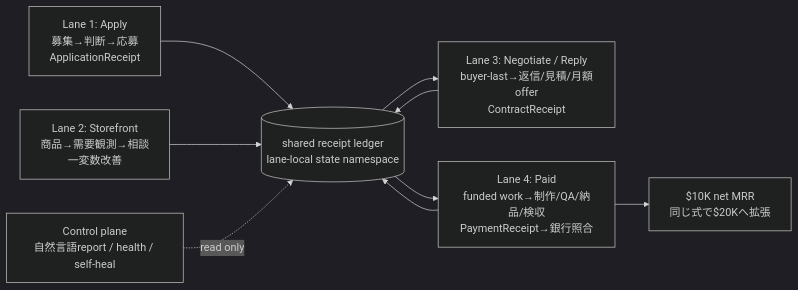
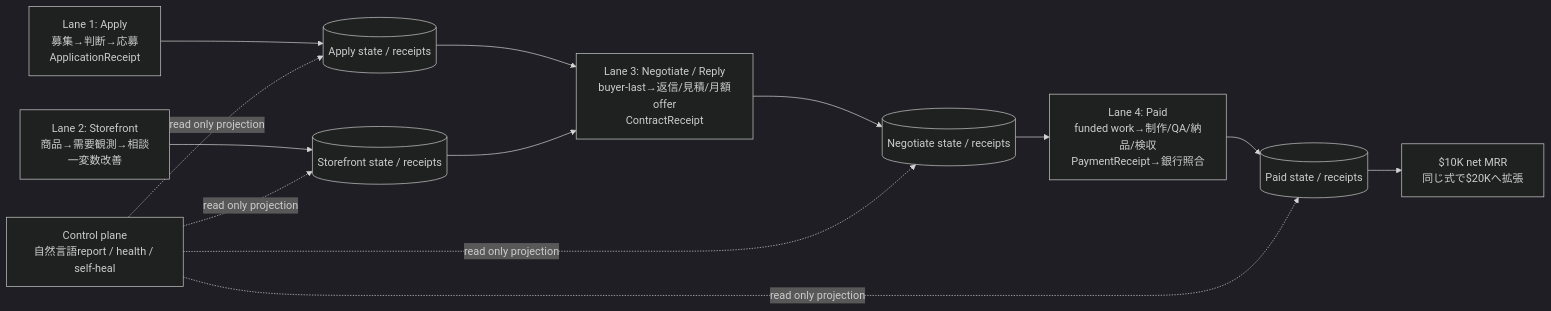
One commit to Daisuke134/anicca changed the fifth of 5 diagrams in docs/superpowers/specs/2026-08-13-lancers-20k-net-mrr-design.md. Above: the diagram before and after it, drawn with Mermaid (dark theme). The commit also changed other lines of this file, not shown here.

````diff
--- a/docs/superpowers/specs/2026-08-13-lancers-20k-net-mrr-design.md
+++ b/docs/superpowers/specs/2026-08-13-lancers-20k-net-mrr-design.md
@@ -1748,17 +1743,22 @@
 ```mermaid
 flowchart LR
   A[Lane 1: Apply<br/>募集→判断→応募<br/>ApplicationReceipt]
   B[Lane 2: Storefront<br/>商品→需要観測→相談<br/>一変数改善]
   N[Lane 3: Negotiate / Reply<br/>buyer-last→返信/見積/月額offer<br/>ContractReceipt]
   P[Lane 4: Paid<br/>funded work→制作/QA/納品/検収<br/>PaymentReceipt→銀行照合]
-  Q[(shared receipt ledger<br/>lane-local state namespace)]
+  AR[(Apply state / receipts)]
+  BR[(Storefront state / receipts)]
+  NR[(Negotiate state / receipts)]
+  PR[(Paid state / receipts)]
   R[$10K net MRR<br/>同じ式で$20Kへ拡張]
   C[Control plane<br/>自然言語report / health / self-heal]
 
-  A --> Q
-  B --> Q
-  Q --> N --> Q
-  Q --> P --> Q
-  P --> R
-  C -. read only .-> Q
+  A --> AR --> N
+  B --> BR --> N
+  N --> NR --> P
+  P --> PR --> R
+  C -. read only projection .-> AR
+  C -. read only projection .-> BR
+  C -. read only projection .-> NR
+  C -. read only projection .-> PR
 ```
````
